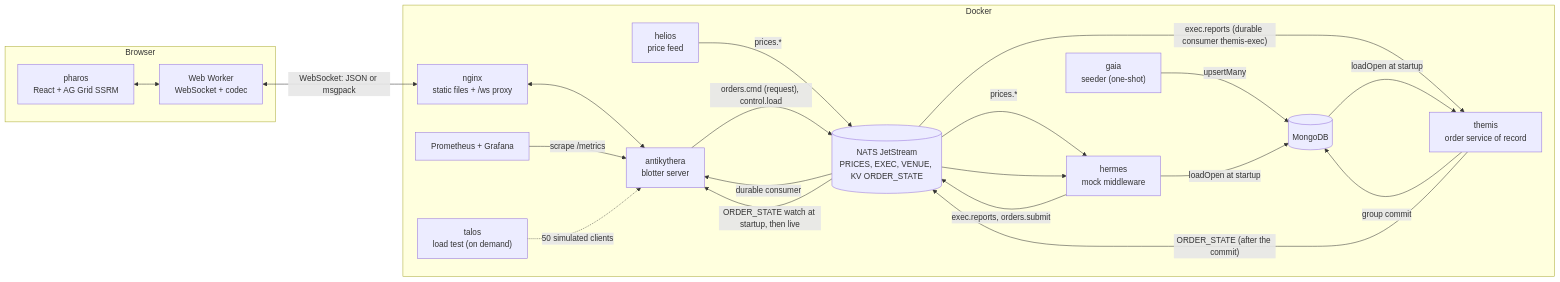
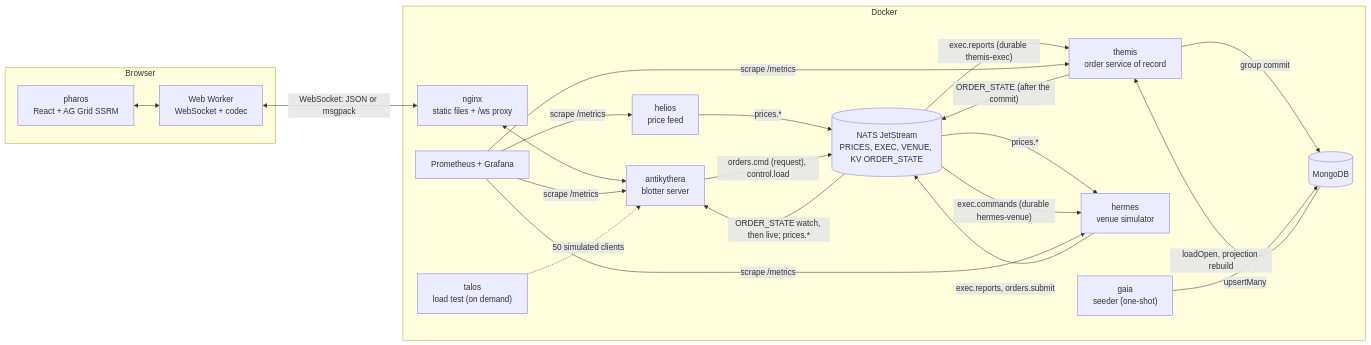
One commit to iAppGeek/apeiron changed the first of 6 diagrams in docs/architecture.md. Above: the diagram before and after it, drawn with Mermaid. The commit also changed other lines of this file and 51 other files, not shown here.

````diff
--- a/docs/architecture.md
+++ b/docs/architecture.md
@@ -16,37 +23,35 @@
 ```mermaid
 flowchart LR
   subgraph Browser
     UI["pharos<br/>React + AG Grid SSRM"]
     W["Web Worker<br/>WebSocket + codec"]
     UI <--> W
   end
   subgraph Docker
     NG["nginx<br/>static files + /ws proxy"]
     AN["antikythera<br/>blotter server"]
     TH["themis<br/>order service of record"]
     HL["helios<br/>price feed"]
-    HE["hermes<br/>mock middleware"]
+    HE["hermes<br/>venue simulator"]
     NA[("NATS JetStream<br/>PRICES, EXEC, VENUE, KV ORDER_STATE")]
     MO[("MongoDB")]
     GA["gaia<br/>seeder (one-shot)"]
     PR["Prometheus + Grafana"]
     TA["talos<br/>load test (on demand)"]
   end
   W <-->|"WebSocket: JSON or msgpack"| NG
   NG <--> AN
   HL -->|"prices.*"| NA
   HE -->|"exec.reports, orders.submit"| NA
   NA -->|"prices.*"| HE
-  NA -->|"durable consumer"| AN
   AN -->|"orders.cmd (request), control.load"| NA
-  NA --> HE
-  NA -->|"exec.reports (durable consumer themis-exec)"| TH
+  NA -->|"exec.commands (durable hermes-venue)"| HE
+  NA -->|"exec.reports (durable themis-exec)"| TH
   TH -->|"group commit"| MO
   TH -->|"ORDER_STATE (after the commit)"| NA
-  NA -->|"ORDER_STATE watch at startup, then live"| AN
+  NA -->|"ORDER_STATE watch, then live; prices.*"| AN
   GA -->|"upsertMany"| MO
-  MO -->|"loadOpen at startup"| TH
-  HE -->|"loadOpen at startup"| MO
-  PR -->|"scrape /metrics"| AN
+  MO -->|"loadOpen, projection rebuild"| TH
+  PR -->|"scrape /metrics"| AN & TH & HL & HE
   TA -.->|"50 simulated clients"| AN
 ```
````
